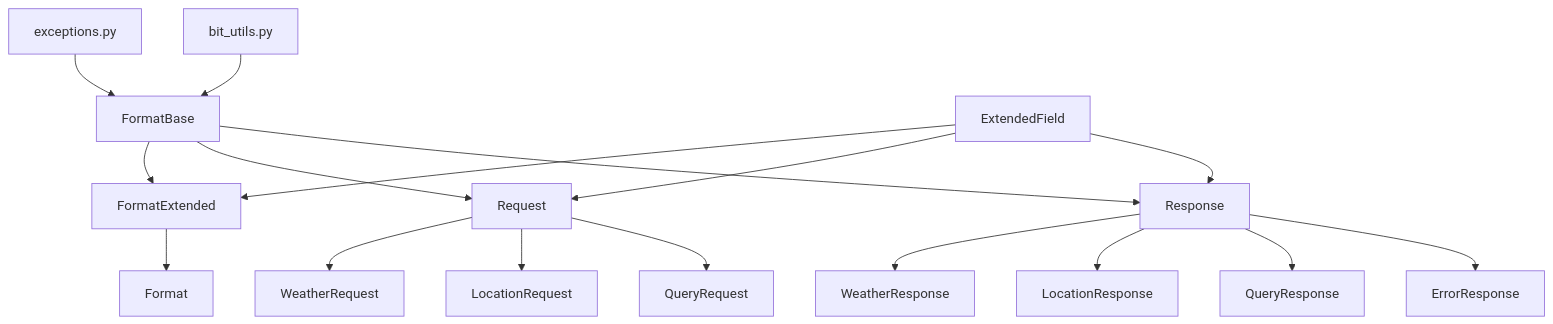
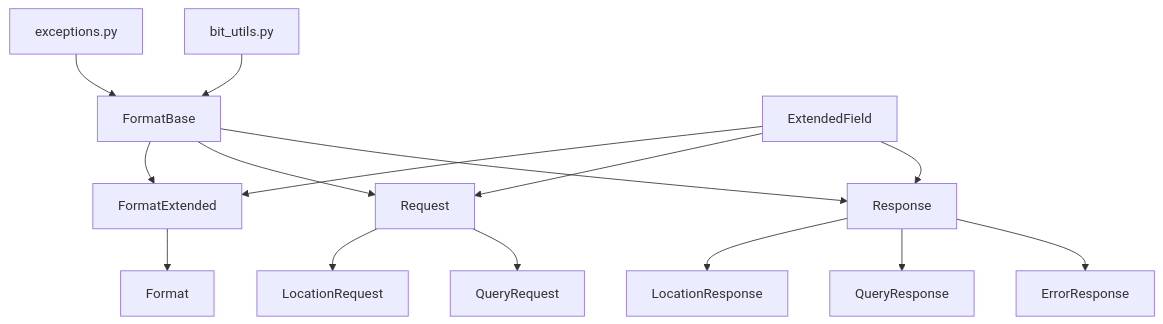
Before and after one commit to U22-2025/WIP: the diagram in common/packet/HIERARCHY.md, drawn with Mermaid. The commit also changed 1 other file, not shown here.

Commit message:
ドキュメントのクラス記述を実装に合わせて修正

````diff
--- a/common/packet/HIERARCHY.md
+++ b/common/packet/HIERARCHY.md
@@ -49,19 +49,17 @@
 ```mermaid
 graph TD
     exceptions[exceptions.py] --> FormatBase
     bit_utils[bit_utils.py] --> FormatBase
     ExtendedField --> FormatExtended
     FormatBase --> FormatExtended
     FormatExtended --> Format
     FormatBase --> Request
     FormatBase --> Response
     ExtendedField --> Request
     ExtendedField --> Response
-    Request --> WeatherRequest
     Request --> LocationRequest
     Request --> QueryRequest
-    Response --> WeatherResponse
     Response --> LocationResponse
     Response --> QueryResponse
     Response --> ErrorResponse
 ```
````
